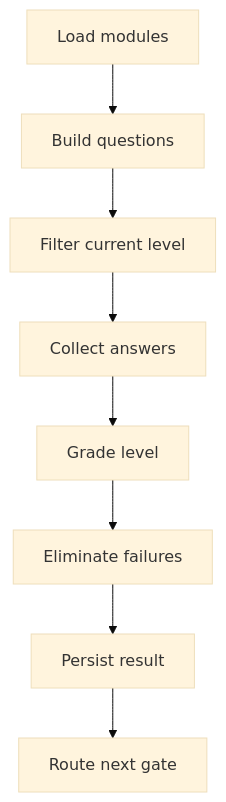
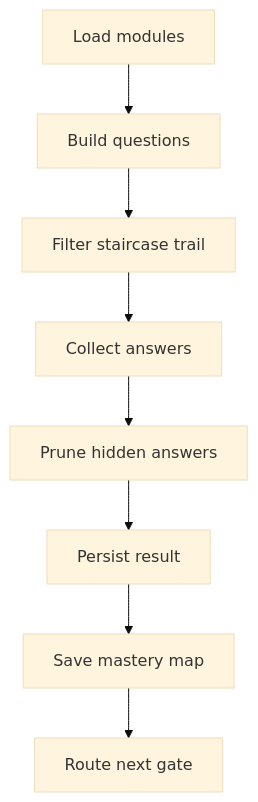
The first of 2 diagrams in docs/Codebase/Frontend/src/components/learn/LearningAssessmentPage.tsx.md (JohnAndrewBalbarosa/NeoTerritory), drawn with Mermaid (base theme) before and after one commit. The commit also changed other lines of this file and 13 other files, not shown here.

````diff
--- a/docs/Codebase/Frontend/src/components/learn/LearningAssessmentPage.tsx.md
+++ b/docs/Codebase/Frontend/src/components/learn/LearningAssessmentPage.tsx.md
@@ -13,10 +13,10 @@
 ```mermaid
 flowchart TD
     A[Load modules] --> B[Build questions]
-    B --> C[Filter current level]
+    B --> C[Filter staircase trail]
     C --> D[Collect answers]
-    D --> E[Grade level]
-    E --> F[Eliminate failures]
-    F --> G[Persist result]
+    D --> E[Prune hidden answers]
+    E --> F[Persist result]
+    F --> G[Save mastery map]
     G --> H[Route next gate]
 ```
````
